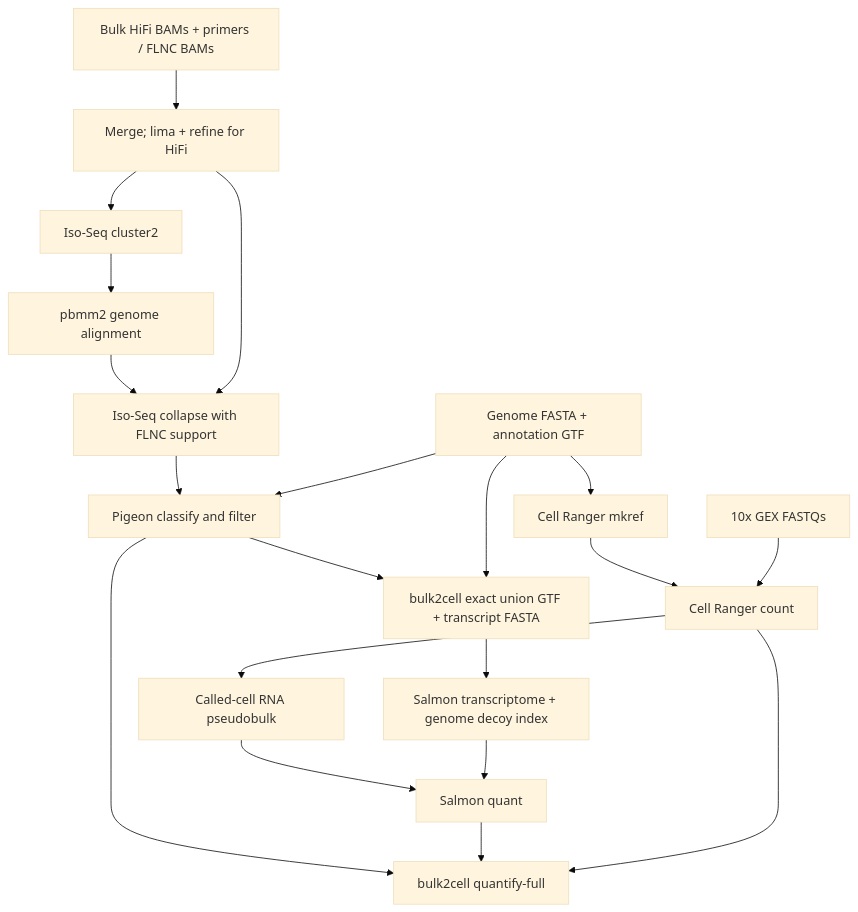
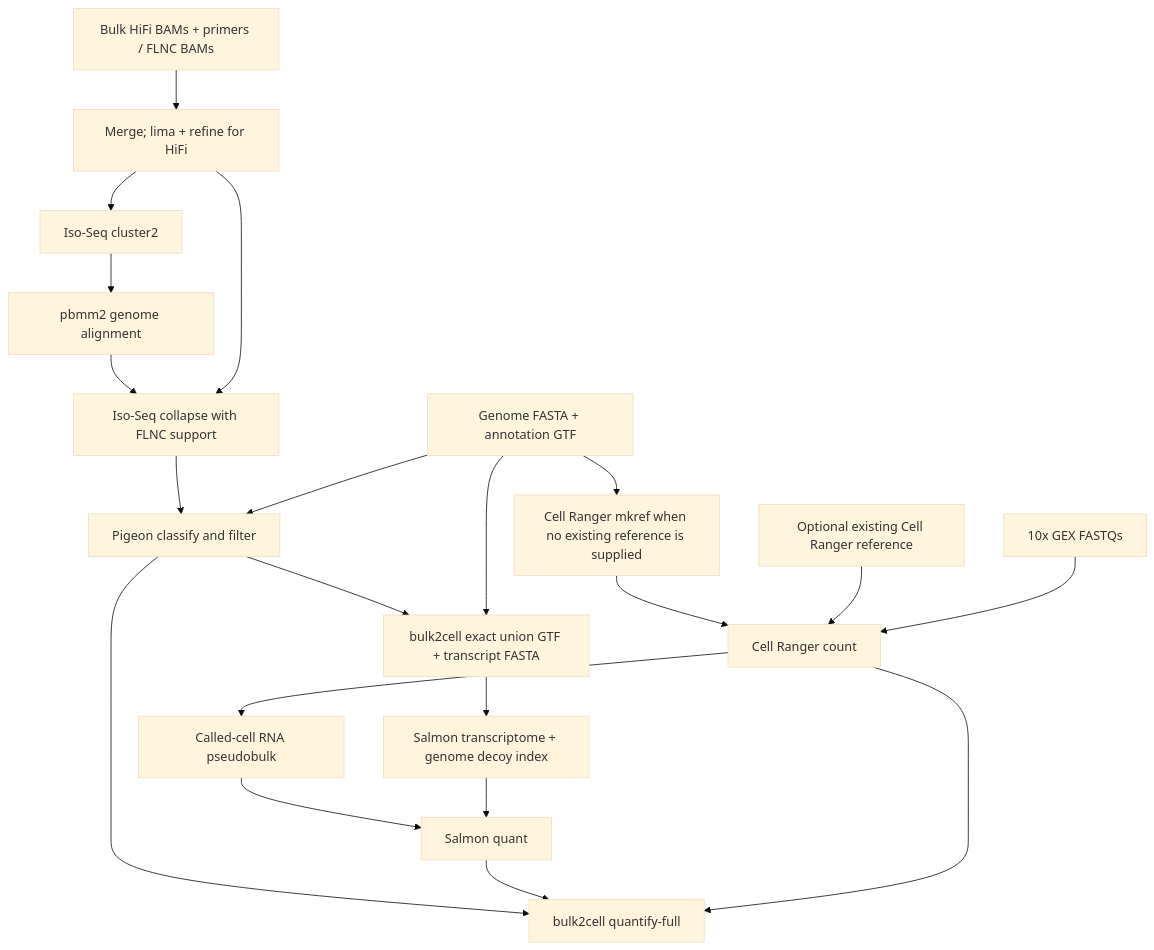
Before and after one commit to Chenshanming-repo/Bulk2Cell: the diagram in README.md, drawn with Mermaid (base theme). The commit also changed other lines of this file and 9 other files, not shown here.

````diff
--- a/README.md
+++ b/README.md
@@ -28,22 +28,23 @@
 ```mermaid
 flowchart TD
     B[Bulk HiFi BAMs + primers / FLNC BAMs] --> R[Merge; lima + refine for HiFi]
     R --> C[Iso-Seq cluster2]
     C --> A[pbmm2 genome alignment]
     A --> X[Iso-Seq collapse with FLNC support]
     R --> X
     X --> P[Pigeon classify and filter]
     G[Genome FASTA + annotation GTF] --> P
     P --> U[bulk2cell exact union GTF + transcript FASTA]
     G --> U
-    G --> CR[Cell Ranger mkref]
+    G --> CR[Cell Ranger mkref when no existing reference is supplied]
     CR --> CC[Cell Ranger count]
+    ER[Optional existing Cell Ranger reference] --> CC
     F[10x GEX FASTQs] --> CC
     U --> SI[Salmon transcriptome + genome decoy index]
     CC --> SR[Called-cell RNA pseudobulk]
     SR --> SQ[Salmon quant]
     SI --> SQ
     P --> Q[bulk2cell quantify-full]
     SQ --> Q
     CC --> Q
 ```
````
